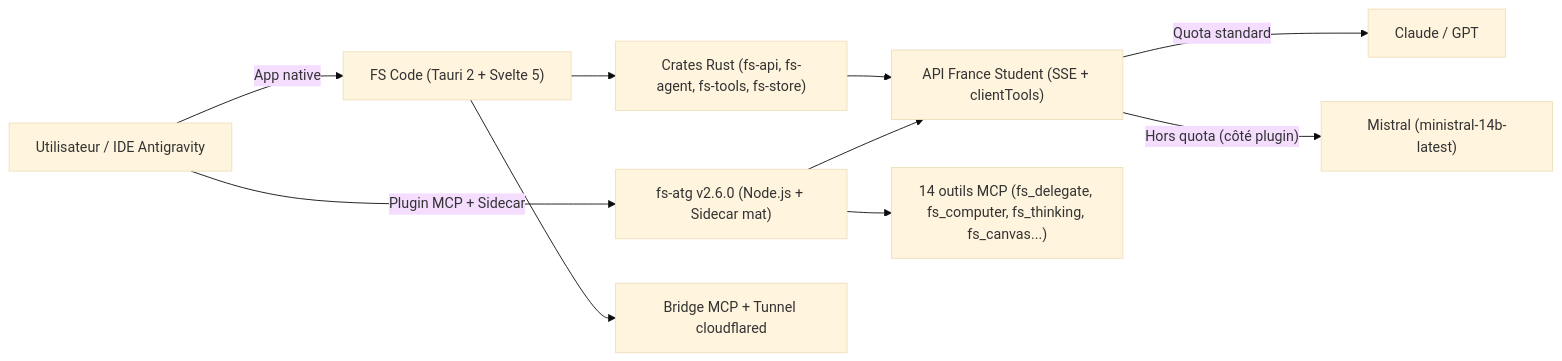
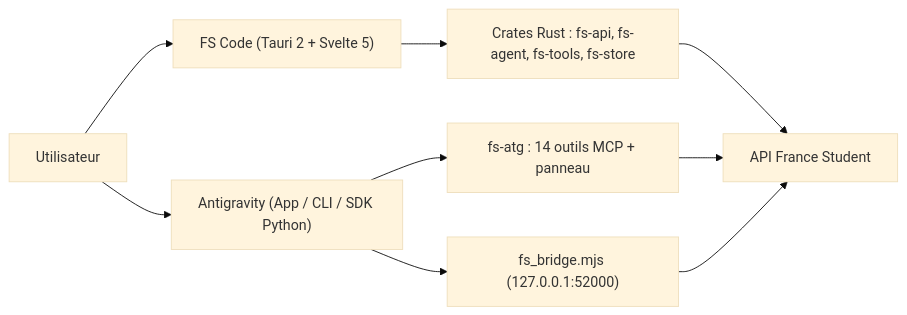
The diagram in README.md (NoRushJustCat/FranceStudent_Desktop), drawn with Mermaid (base theme) before and after one commit. The commit also changed other lines of this file, not shown here.

````diff
--- a/README.md
+++ b/README.md
@@ -92,14 +83,13 @@
 ```mermaid
 flowchart LR
-  U["Utilisateur / IDE Antigravity"] -->|"App native"| FS["FS Code (Tauri 2 + Svelte 5)"]
-  U -->|"Plugin MCP + Sidecar"| ATG["fs-atg v2.6.0 (Node.js + Sidecar mat)"]
+  U["Utilisateur"] --> FS["FS Code (Tauri 2 + Svelte 5)"]
+  U --> AG["Antigravity (App / CLI / SDK Python)"]
 
-  FS --> CR["Crates Rust (fs-api, fs-agent, fs-tools, fs-store)"]
-  FS --> BR["Bridge MCP + Tunnel cloudflared"]
-  CR --> API["API France Student (SSE + clientTools)"]
+  FS --> CR["Crates Rust : fs-api, fs-agent, fs-tools, fs-store"]
+  CR --> API["API France Student"]
 
-  ATG --> MCP["14 outils MCP (fs_delegate, fs_computer, fs_thinking, fs_canvas...)"]
+  AG --> ATG["fs-atg : 14 outils MCP + panneau"]
+  AG --> BR["fs_bridge.mjs (127.0.0.1:52000)"]
   ATG --> API
-  API -->|"Quota standard"| M1["Claude / GPT"]
-  API -->|"Hors quota (côté plugin)"| M2["Mistral (ministral-14b-latest)"]
+  BR --> API
 ```
````
